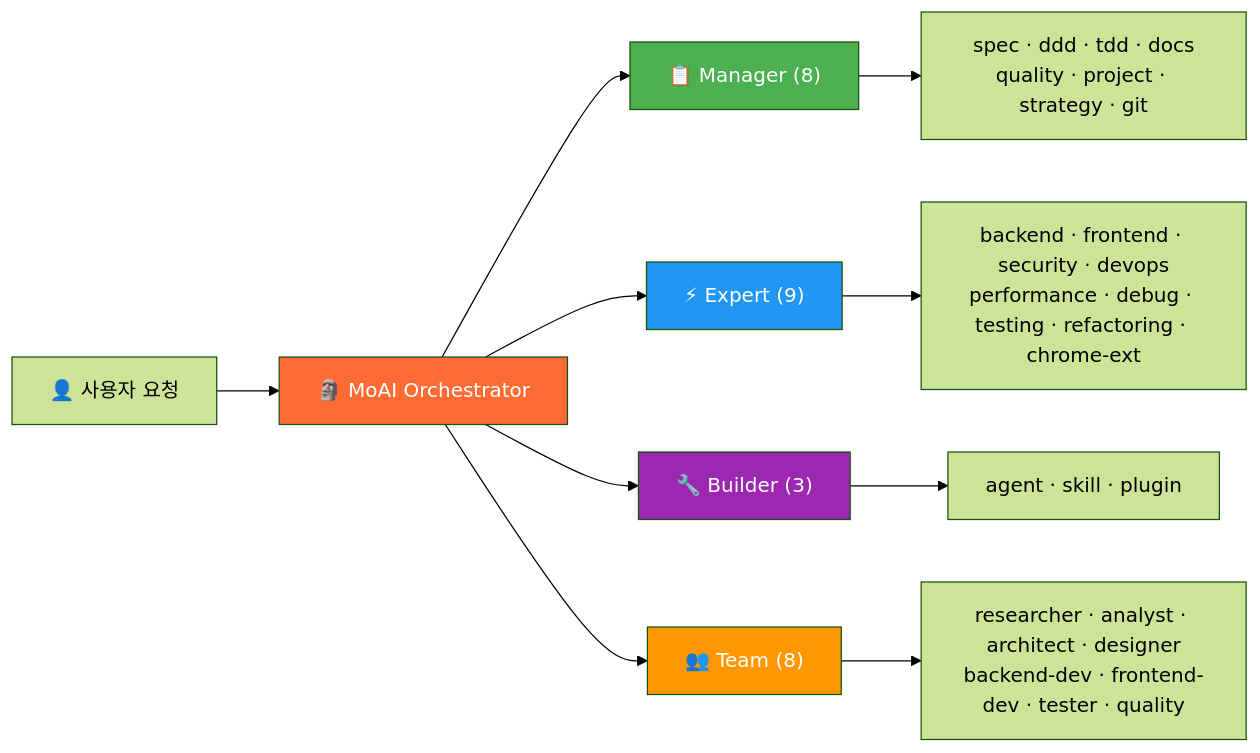
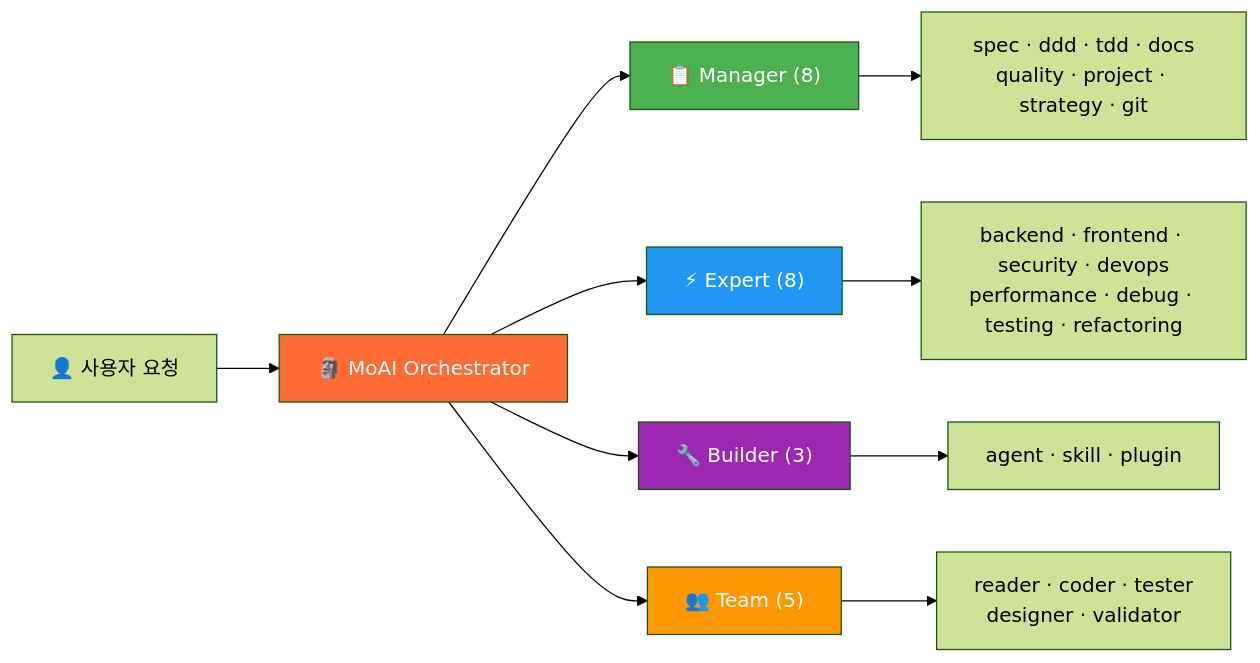
The third of 6 diagrams in README.ko.md (modu-ai/moai-adk), drawn with Mermaid (forest theme) before and after one commit. The commit also changed other lines of this file and 1 other file, not shown here.

````diff
--- a/README.ko.md
+++ b/README.ko.md
@@ -263,20 +263,20 @@
 ```mermaid
 graph LR
     U["👤 사용자 요청"] --> M["🗿 MoAI Orchestrator"]
 
     M --> MG["📋 Manager (8)"]
-    M --> EX["⚡ Expert (9)"]
+    M --> EX["⚡ Expert (8)"]
     M --> BL["🔧 Builder (3)"]
-    M --> TM["👥 Team (8)"]
+    M --> TM["👥 Team (5)"]
 
     MG --> MG1["spec · ddd · tdd · docs<br/>quality · project · strategy · git"]
-    EX --> EX1["backend · frontend · security · devops<br/>performance · debug · testing · refactoring · chrome-ext"]
+    EX --> EX1["backend · frontend · security · devops<br/>performance · debug · testing · refactoring"]
     BL --> BL1["agent · skill · plugin"]
-    TM --> TM1["researcher · analyst · architect · designer<br/>backend-dev · frontend-dev · tester · quality"]
+    TM --> TM1["reader · coder · tester<br/>designer · validator"]
 
     style M fill:#FF6B35,color:#fff
     style MG fill:#4CAF50,color:#fff
     style EX fill:#2196F3,color:#fff
     style BL fill:#9C27B0,color:#fff
     style TM fill:#FF9800,color:#fff
 ```
````
